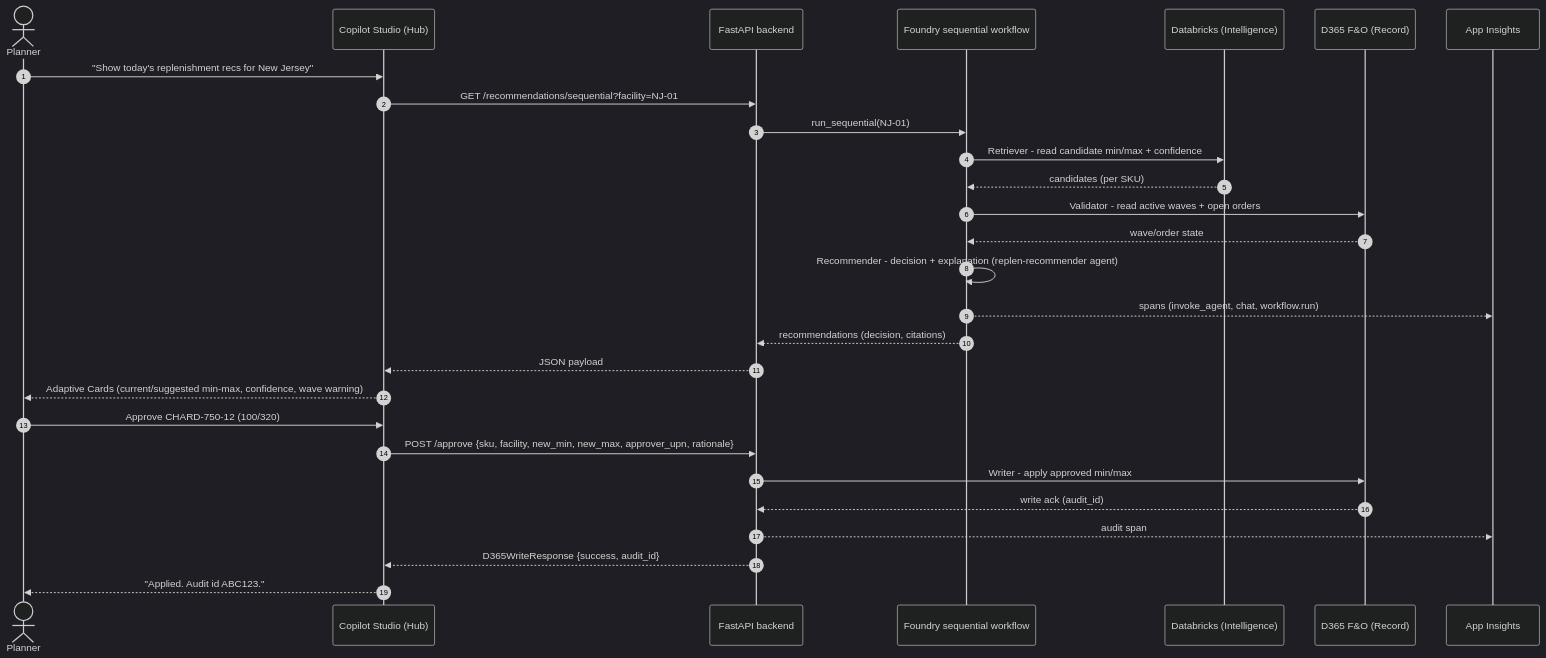
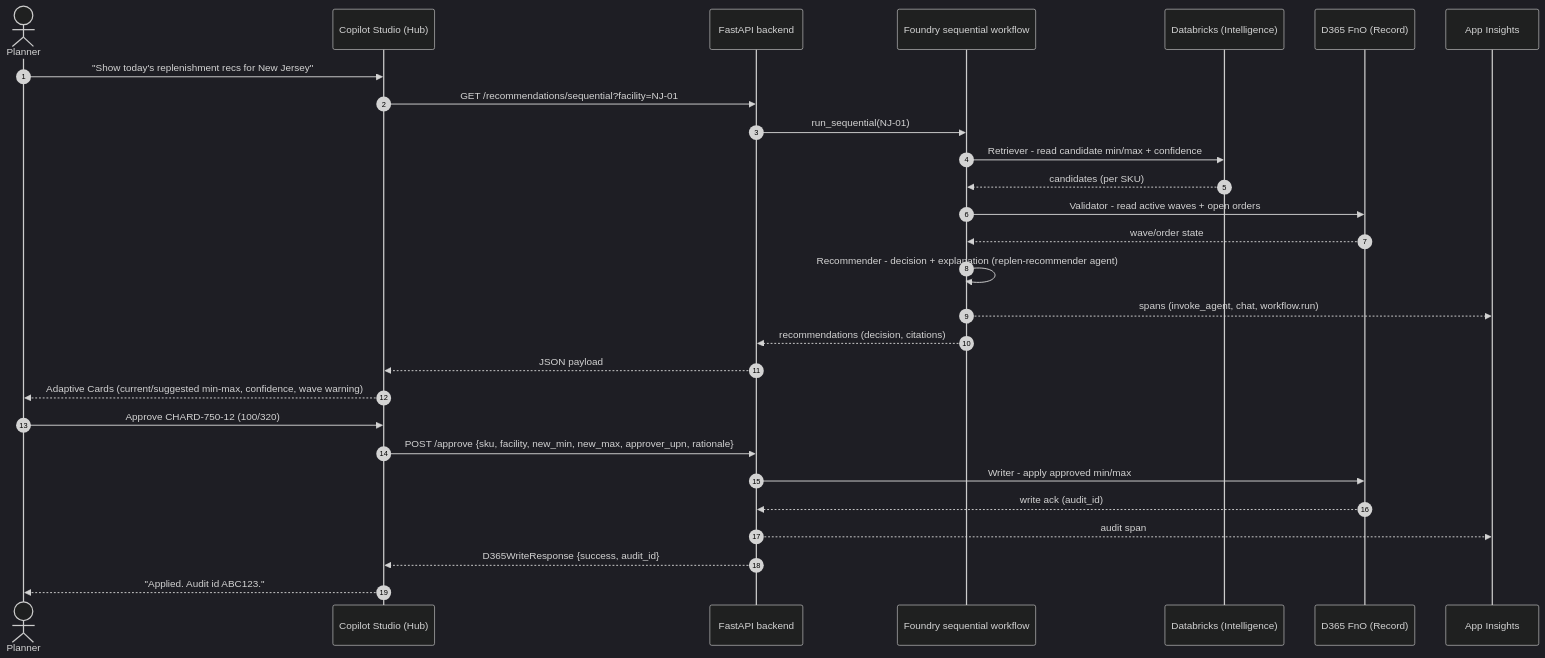
Before and after one commit to honestypugh2/warehouse-replenishment-ai-demo: the second of 7 diagrams in docs/07-demo-options.md, drawn with Mermaid (dark theme). The commit also changed other lines of this file and 3 other files, not shown here.

First line of the commit message:
fix: resolve Mermaid rendering in all docs

````diff
--- a/docs/07-demo-options.md
+++ b/docs/07-demo-options.md
@@ -65,32 +65,32 @@
 ```mermaid
 sequenceDiagram
     autonumber
     actor Planner
     participant CS as Copilot Studio (Hub)
     participant API as FastAPI backend
     participant WF as Foundry sequential workflow
     participant DBX as Databricks (Intelligence)
-    participant D365 as D365 F&O (Record)
+    participant D365 as D365 FnO (Record)
     participant AI as App Insights
 
     Planner->>CS: "Show today's replenishment recs for New Jersey"
     CS->>API: GET /recommendations/sequential?facility=NJ-01
     API->>WF: run_sequential(NJ-01)
     WF->>DBX: Retriever - read candidate min/max + confidence
     DBX-->>WF: candidates (per SKU)
     WF->>D365: Validator - read active waves + open orders
     D365-->>WF: wave/order state
     WF->>WF: Recommender - decision + explanation (replen-recommender agent)
     WF-->>AI: spans (invoke_agent, chat, workflow.run)
     WF-->>API: recommendations (decision, citations)
     API-->>CS: JSON payload
     CS-->>Planner: Adaptive Cards (current/suggested min-max, confidence, wave warning)
 
     Planner->>CS: Approve CHARD-750-12 (100/320)
     CS->>API: POST /approve {sku, facility, new_min, new_max, approver_upn, rationale}
     API->>D365: Writer - apply approved min/max
     D365-->>API: write ack (audit_id)
     API-->>AI: audit span
     API-->>CS: D365WriteResponse {success, audit_id}
     CS-->>Planner: "Applied. Audit id ABC123."
 ```
````
